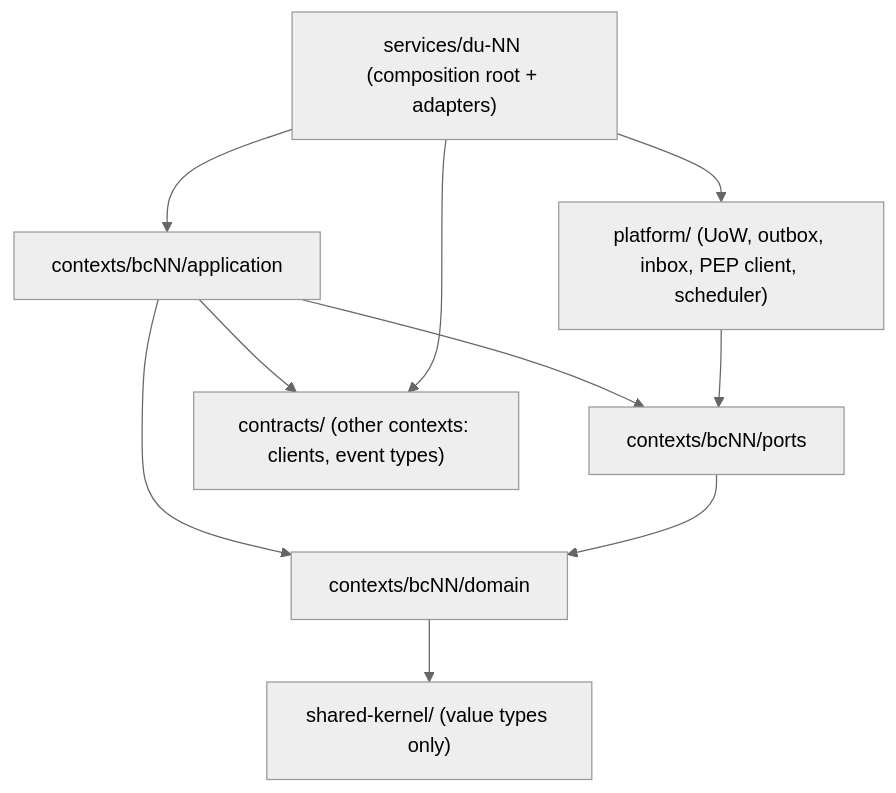
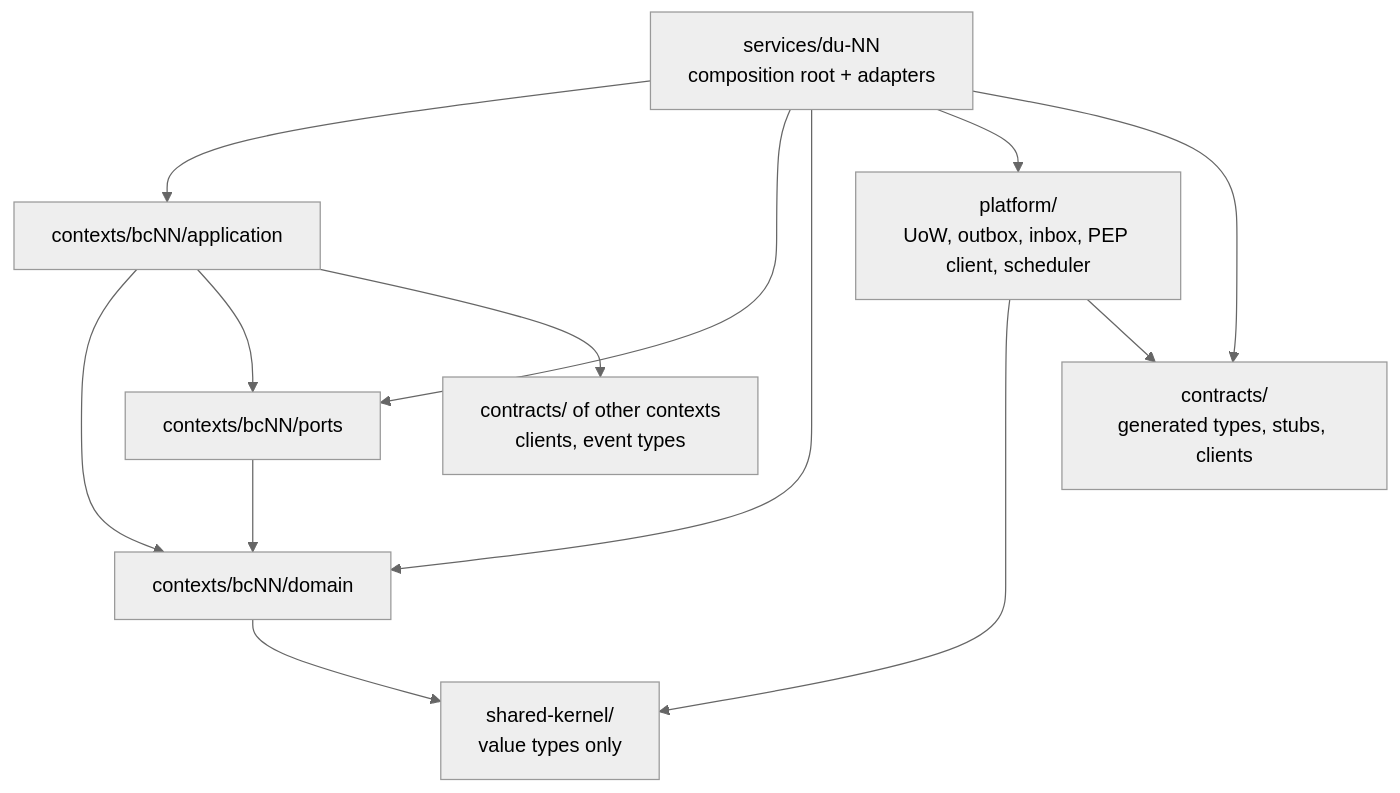
Before and after one commit to Ayoubkhattab/Planing: the fifth of 5 diagrams in spec/18-analysis-design/11-hexagonal-reference.md, drawn with Mermaid (neutral theme). The commit also changed other lines of this file and 6 other files, not shown here.

````diff
--- a/spec/18-analysis-design/11-hexagonal-reference.md
+++ b/spec/18-analysis-design/11-hexagonal-reference.md
@@ -227,12 +260,15 @@
 ```mermaid
 flowchart TB
-  SVC["services/du-NN (composition root + adapters)"] --> APP2["contexts/bcNN/application"]
-  SVC --> PLAT["platform/ (UoW, outbox, inbox, PEP client, scheduler)"]
-  APP2 --> DOM2["contexts/bcNN/domain"]
-  APP2 --> PRT["contexts/bcNN/ports"]
+  SVC["services/du-NN<br/>composition root + adapters"] --> APP2["contexts/bcNN/application"]
+  SVC --> PRT["contexts/bcNN/ports"]
+  SVC --> DOM2["contexts/bcNN/domain"]
+  SVC --> PLAT["platform/<br/>UoW, outbox, inbox, PEP client, scheduler"]
+  SVC --> CT["contracts/<br/>generated types, stubs, clients"]
+  APP2 --> DOM2
+  APP2 --> PRT
+  APP2 --> CT2["contracts/ of other contexts<br/>clients, event types"]
   PRT --> DOM2
-  PLAT --> PRT
-  DOM2 --> SK["shared-kernel/ (value types only)"]
-  APP2 --> CT["contracts/ (other contexts: clients, event types)"]
-  SVC --> CT
+  DOM2 --> SK["shared-kernel/<br/>value types only"]
+  PLAT --> SK
+  PLAT --> CT
 ```
````
